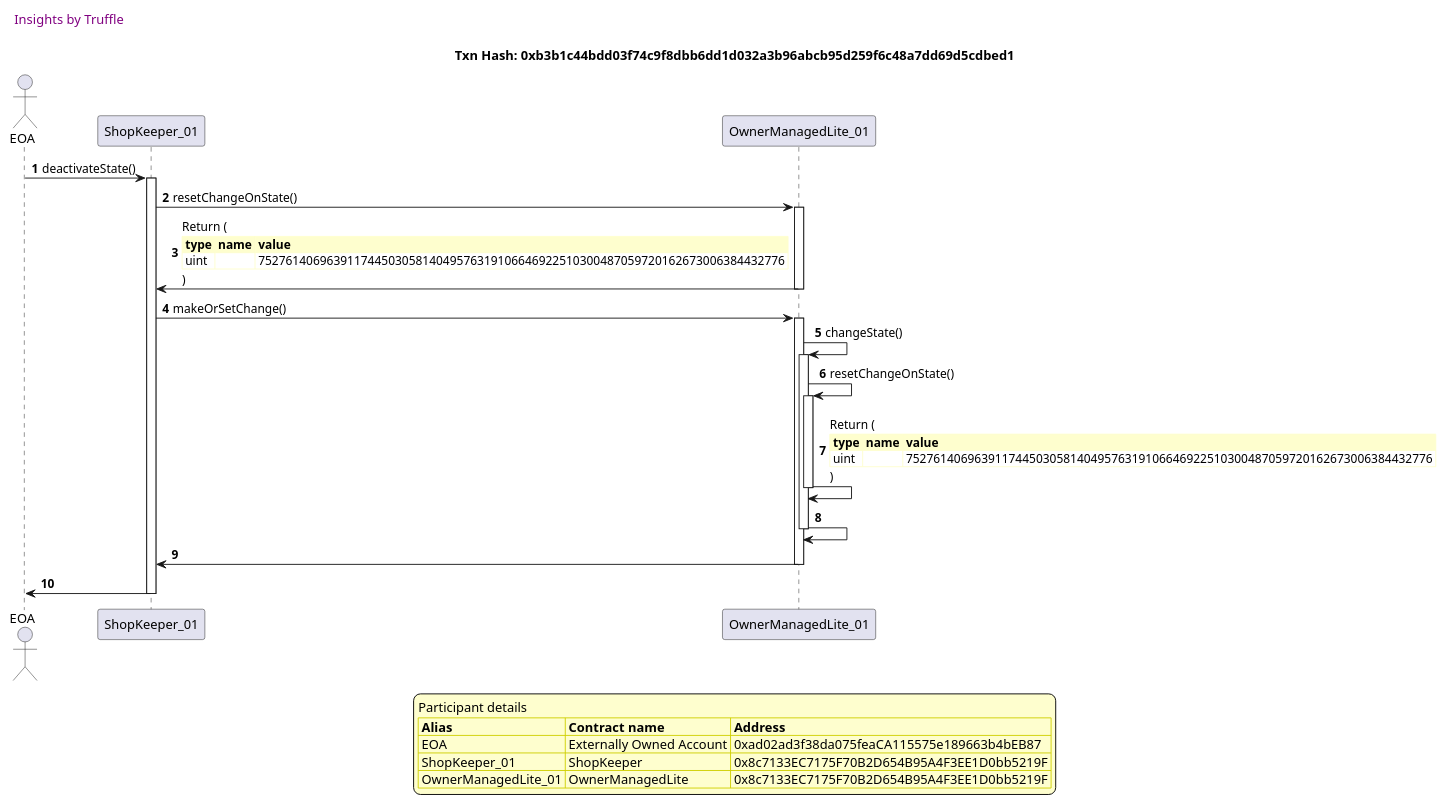
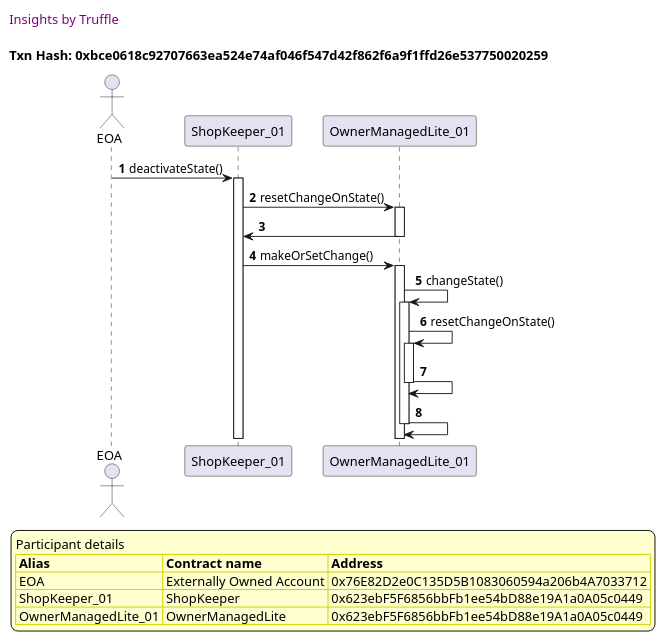
One commit to thedarkjester/ConsensysAssignment changed the sixth of 10 diagrams in truffle-seq/Shop_test_shopkeeper_add_shop.md. Above: the diagram before and after it, drawn with PlantUML. The commit also changed other lines of this file and 13 other files, not shown here.

````diff
--- a/truffle-seq/Shop_test_shopkeeper_add_shop.md
+++ b/truffle-seq/Shop_test_shopkeeper_add_shop.md
@@ -271,53 +257,45 @@
 ```plantuml
 
 
 @startuml
 
 autonumber
 skinparam legendBackgroundColor #FEFECE
 
 <style>
       header {
         HorizontalAlignment left
         FontColor purple
         FontSize 14
         Padding 10
       }
     </style>
 
 header Insights by Truffle
 
-title Txn Hash: 0xb3b1c44bdd03f74c9f8dbb6dd1d032a3b96abcb95d259f6c48a7dd69d5cdbed1
+title Txn Hash: 0xbce0618c92707663ea524e74af046f547d42f862f6a9f1ffd26e537750020259
 
 
 actor EOA as "EOA"
 participant ShopKeeper_01 as "ShopKeeper_01"
 participant OwnerManagedLite_01 as "OwnerManagedLite_01"
 
 "EOA" -> "ShopKeeper_01" ++: deactivateState()
 "ShopKeeper_01" -> "OwnerManagedLite_01" ++: resetChangeOnState()
-"OwnerManagedLite_01" -> "ShopKeeper_01" --: Return (\n\
-<#FEFECE,#FEFECE>|= type |= name |= value |\n\
-| uint |  | 75276140696391174450305814049576319106646922510300487059720162673006384432776 |\n\
-)
+"OwnerManagedLite_01" -> "ShopKeeper_01" --: 
 "ShopKeeper_01" -> "OwnerManagedLite_01" ++: makeOrSetChange()
 "OwnerManagedLite_01" -> "OwnerManagedLite_01" ++: changeState()
 "OwnerManagedLite_01" -> "OwnerManagedLite_01" ++: resetChangeOnState()
-"OwnerManagedLite_01" -> "OwnerManagedLite_01" --: Return (\n\
-<#FEFECE,#FEFECE>|= type |= name |= value |\n\
-| uint |  | 75276140696391174450305814049576319106646922510300487059720162673006384432776 |\n\
-)
 "OwnerManagedLite_01" -> "OwnerManagedLite_01" --: 
-"OwnerManagedLite_01" -> "ShopKeeper_01" --: 
-"ShopKeeper_01" -> "EOA" --: 
+"OwnerManagedLite_01" -> "OwnerManagedLite_01" --: 
 
 legend
 Participant details
 <#FEFECE,#D0D000>|= Alias |= Contract name |= Address |
-<#FEFECE>| EOA | Externally Owned Account | 0xad02ad3f38da075feaCA115575e189663b4bEB87 |
-<#FEFECE>| ShopKeeper_01 | ShopKeeper | 0x8c7133EC7175F70B2D654B95A4F3EE1D0bb5219F |
-<#FEFECE>| OwnerManagedLite_01 | OwnerManagedLite | 0x8c7133EC7175F70B2D654B95A4F3EE1D0bb5219F |
+<#FEFECE>| EOA | Externally Owned Account | 0x76E82D2e0C135D5B1083060594a206b4A7033712 |
+<#FEFECE>| ShopKeeper_01 | ShopKeeper | 0x623ebF5F6856bbFb1ee54bD88e19A1a0A05c0449 |
+<#FEFECE>| OwnerManagedLite_01 | OwnerManagedLite | 0x623ebF5F6856bbFb1ee54bD88e19A1a0A05c0449 |
 endlegend
 
 @enduml
 ```
````
